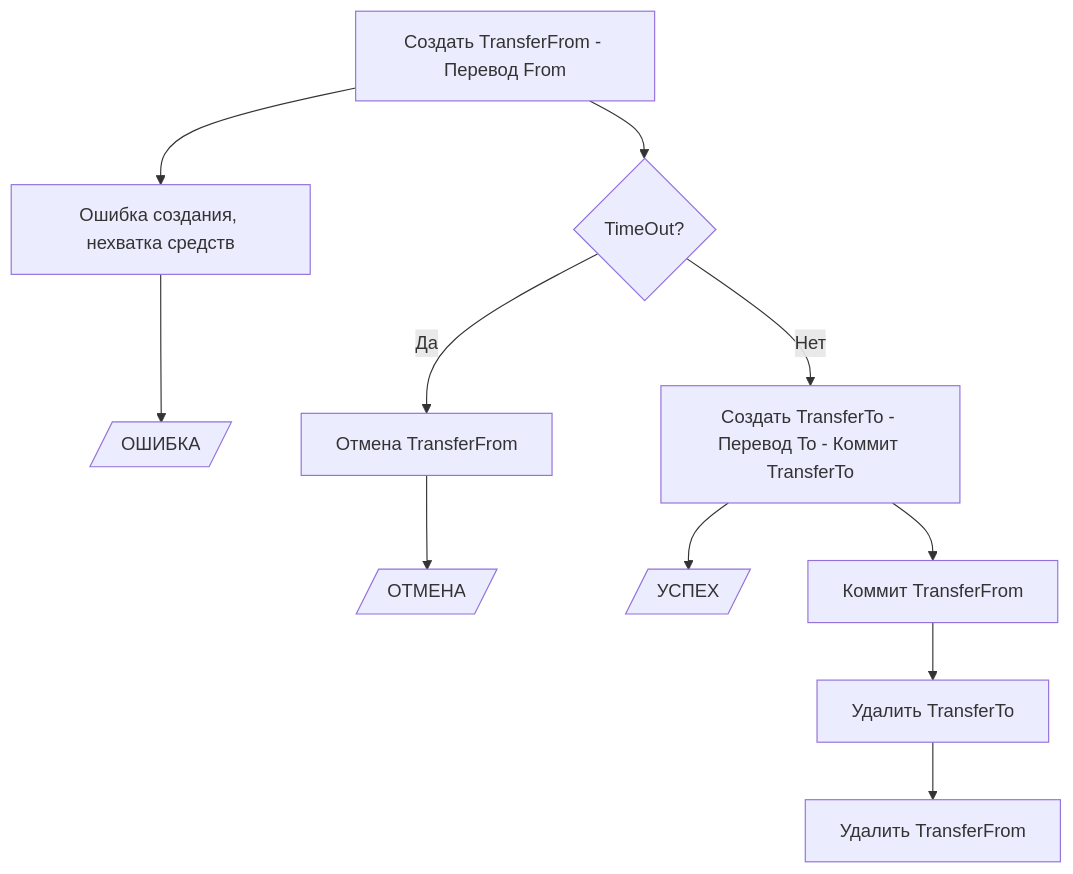
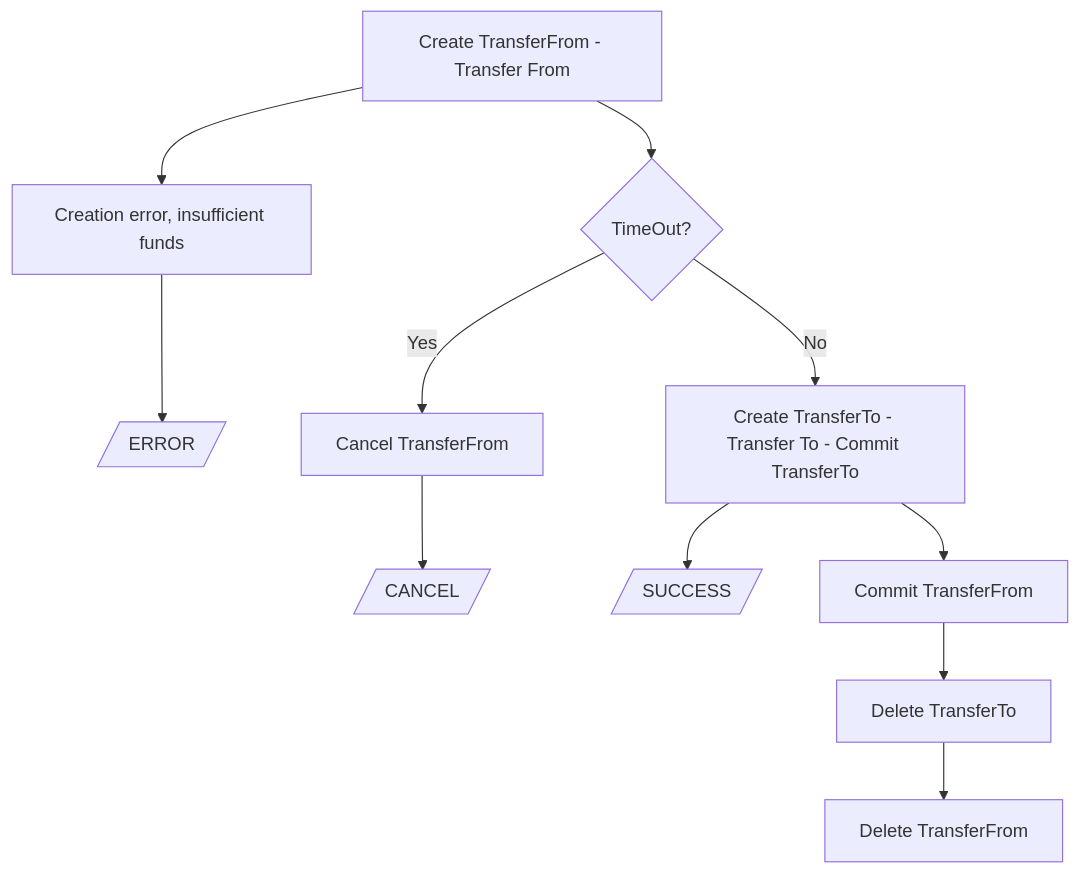
The diagram in README.md (anoideaopen/channel-transfer), drawn with Mermaid before and after one commit. The commit also changed other lines of this file and 71 other files, not shown here.

````diff
--- a/README.md
+++ b/README.md
@@ -41,13 +41,13 @@
 ```mermaid
 flowchart TD
-    A[Создать TransferFrom - Перевод From] --> B{TimeOut?}
-    A --> I[Ошибка создания, нехватка средств]
-    I --> K[/ОШИБКА/]
-    B -->|Да| E[Отмена TransferFrom]
-    E --> M[/ОТМЕНА/]
-    B -->|Нет| D[Создать TransferTo - Перевод To - Коммит TransferTo]
-    D --> L[/УСПЕХ/]
-    D --> J[Коммит TransferFrom]
-    J --> F[Удалить TransferTo]
-    F --> C[Удалить TransferFrom]
+    A[Create TransferFrom - Transfer From] --> B{TimeOut?}
+    A --> I[Creation error, insufficient funds]
+    I --> K[/ERROR/]
+    B -->|Yes| E[Cancel TransferFrom]
+    E --> M[/CANCEL/]
+    B -->|No| D[Create TransferTo - Transfer To - Commit TransferTo]
+    D --> L[/SUCCESS/]
+    D --> J[Commit TransferFrom]
+    J --> F[Delete TransferTo]
+    F --> C[Delete TransferFrom]
 ```
````
